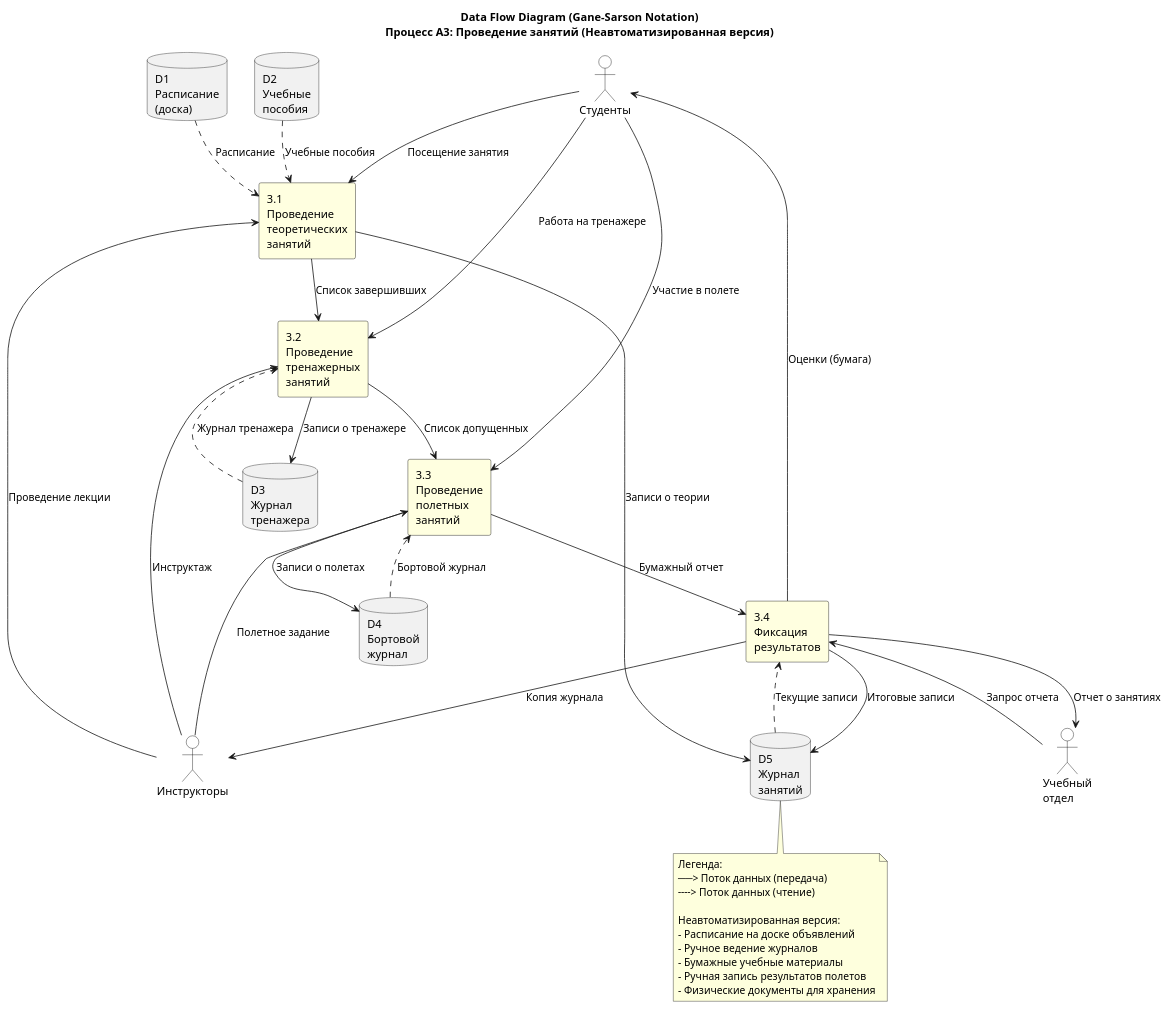
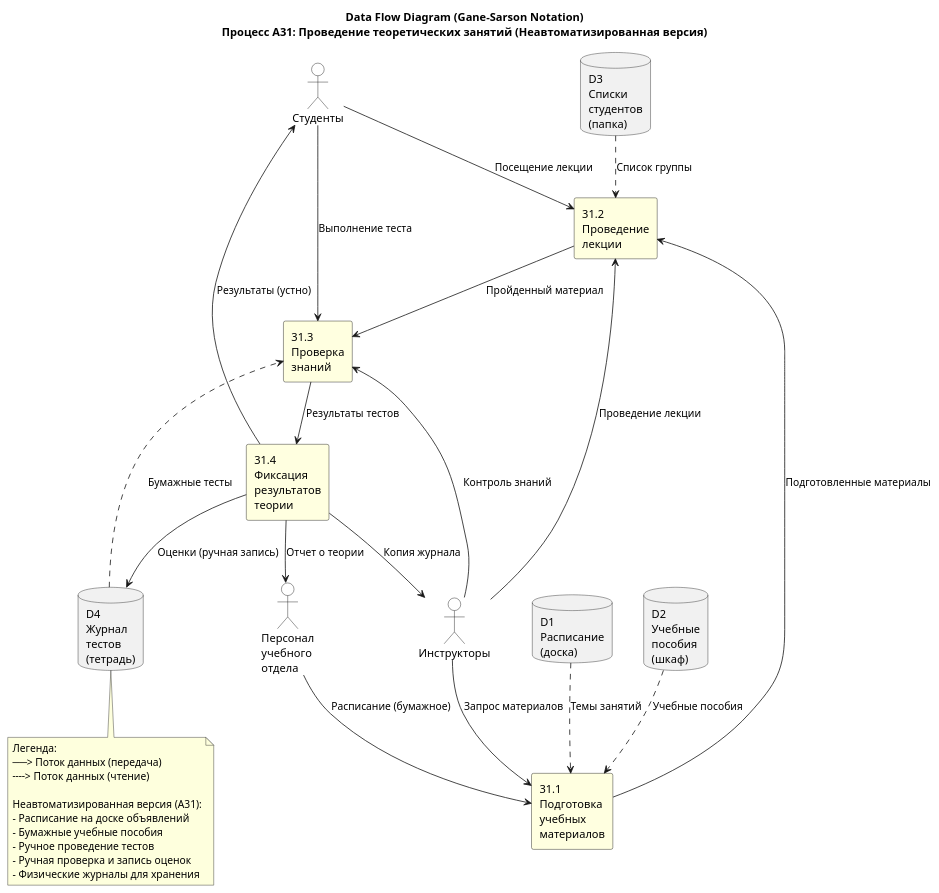
The diagram in diagrams/dfd/non-automated/A3_lessons_dfd.puml (oINCLUDEo/Coursework2), drawn with PlantUML before and after one commit. The commit also changed 2 other files, not shown here.

Commit message:
Redesign DFD for subprocess A31, add section 2.3 comparative analysis

```diff
--- a/diagrams/dfd/non-automated/A3_lessons_dfd.puml
+++ b/diagrams/dfd/non-automated/A3_lessons_dfd.puml
@@ -1,86 +1,80 @@
-@startuml DFD A3 - Проведение занятий (Неавтоматизированная)
+@startuml DFD A31 - Проведение теоретических занятий (Неавтоматизированная)
 
-' DFD диаграмма в нотации Гейна-Сарсона для процесса A3 (Неавтоматизированная версия)
-title Data Flow Diagram (Gane-Sarson Notation)\nПроцесс A3: Проведение занятий (Неавтоматизированная версия)
+' DFD диаграмма в нотации Гейна-Сарсона для процесса A31 (Неавтоматизированная версия)
+title Data Flow Diagram (Gane-Sarson Notation)\nПроцесс A31: Проведение теоретических занятий (Неавтоматизированная версия)
 
 skinparam rectangle {
   BackgroundColor LightYellow
   BorderColor Black
 }
 
 skinparam storage {
   BackgroundColor LightGray
   BorderColor Black
 }
 
 skinparam actor {
   BackgroundColor White
   BorderColor Black
 }
 
 ' Внешние сущности (External Entities)
 actor "Студенты" as Student
 actor "Инструкторы" as Instructor
-actor "Учебный\nотдел" as Admin
+actor "Персонал\nучебного\nотдела" as Admin
 
-' Процессы A3 (Processes)
-rectangle "3.1\nПроведение\nтеоретических\nзанятий" as P31
-rectangle "3.2\nПроведение\nтренажерных\nзанятий" as P32
-rectangle "3.3\nПроведение\nполетных\nзанятий" as P33
-rectangle "3.4\nФиксация\nрезультатов" as P34
+' Подпроцессы A31 (Processes)
+rectangle "31.1\nПодготовка\nучебных\nматериалов" as P311
+rectangle "31.2\nПроведение\nлекции" as P312
+rectangle "31.3\nПроверка\nзнаний" as P313
+rectangle "31.4\nФиксация\nрезультатов\nтеории" as P314
 
 ' Хранилища данных (Data Stores) - бумажные
 database "D1\nРасписание\n(доска)" as DS1
-database "D2\nУчебные\nпособия" as DS2
-database "D3\nЖурнал\nтренажера" as DS3
-database "D4\nБортовой\nжурнал" as DS4
-database "D5\nЖурнал\nзанятий" as DS5
+database "D2\nУчебные\nпособия\n(шкаф)" as DS2
+database "D3\nСписки\nстудентов\n(папка)" as DS3
+database "D4\nЖурнал\nтестов\n(тетрадь)" as DS4
 
 ' Входные потоки от внешних сущностей
-Student --> P31 : Посещение занятия
-Student --> P32 : Работа на тренажере
-Student --> P33 : Участие в полете
+Admin --> P311 : Расписание (бумажное)
+Instructor --> P311 : Запрос материалов
 
-Instructor --> P31 : Проведение лекции
-Instructor --> P32 : Инструктаж
-Instructor --> P33 : Полетное задание
+Student --> P312 : Посещение лекции
+Instructor --> P312 : Проведение лекции
 
-Admin --> P34 : Запрос отчета
+Student --> P313 : Выполнение теста
+Instructor --> P313 : Контроль знаний
+
+' Потоки от хранилищ к процессам (чтение)
+DS1 ..> P311 : Темы занятий
+DS2 ..> P311 : Учебные пособия
+DS3 ..> P312 : Список группы
+DS4 ..> P313 : Бумажные тесты
+
+' Потоки между процессами
+P311 --> P312 : Подготовленные материалы
+P312 --> P313 : Пройденный материал
+P313 --> P314 : Результаты тестов
 
 ' Потоки от процессов к хранилищам (запись)
-P31 --> DS5 : Записи о теории
-P32 --> DS3 : Записи о тренажере
-P33 --> DS4 : Записи о полетах
-P34 --> DS5 : Итоговые записи
-
-' Потоки от хранилищ к процессам (чтение)
-DS1 ..> P31 : Расписание
-DS2 ..> P31 : Учебные пособия
-DS3 ..> P32 : Журнал тренажера
-DS4 ..> P33 : Бортовой журнал
-DS5 ..> P34 : Текущие записи
-
-' Потоки между процессами
-P31 --> P32 : Список завершивших
-P32 --> P33 : Список допущенных
-P33 --> P34 : Бумажный отчет
+P314 --> DS4 : Оценки (ручная запись)
 
 ' Выходные потоки к внешним сущностям
-P34 --> Student : Оценки (бумага)
-P34 --> Instructor : Копия журнала
-P34 --> Admin : Отчет о занятиях
+P314 --> Student : Результаты (устно)
+P314 --> Instructor : Копия журнала
+P314 --> Admin : Отчет о теории
 
 note bottom
   Легенда:
   ──> Поток данных (передача)
   ╌╌> Поток данных (чтение)
   
-  Неавтоматизированная версия:
+  Неавтоматизированная версия (A31):
   - Расписание на доске объявлений
-  - Ручное ведение журналов
-  - Бумажные учебные материалы
-  - Ручная запись результатов полетов
-  - Физические документы для хранения
+  - Бумажные учебные пособия
+  - Ручное проведение тестов
+  - Ручная проверка и запись оценок
+  - Физические журналы для хранения
 end note
 
 @enduml
```
